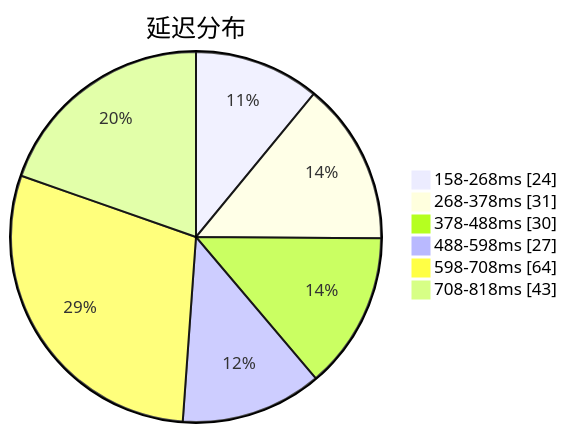
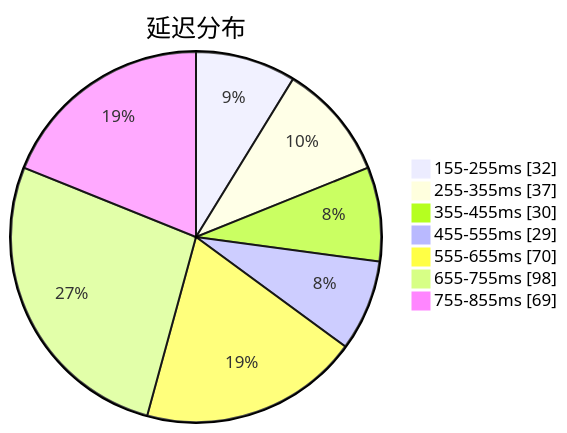
The first of 3 diagrams in subs/statistics/tested_within.md (qjlxg/airport), drawn with Mermaid before and after one commit. The commit also changed other lines of this file and 2 other files, not shown here.

````diff
--- a/subs/statistics/tested_within.md
+++ b/subs/statistics/tested_within.md
@@ -2,10 +2,11 @@
 ```mermaid
 pie showData
 title 延迟分布
-"158-268ms" : 24
-"268-378ms" : 31
-"378-488ms" : 30
-"488-598ms" : 27
-"598-708ms" : 64
-"708-818ms" : 43
+"155-255ms" : 32
+"255-355ms" : 37
+"355-455ms" : 30
+"455-555ms" : 29
+"555-655ms" : 70
+"655-755ms" : 98
+"755-855ms" : 69
 ```
````
